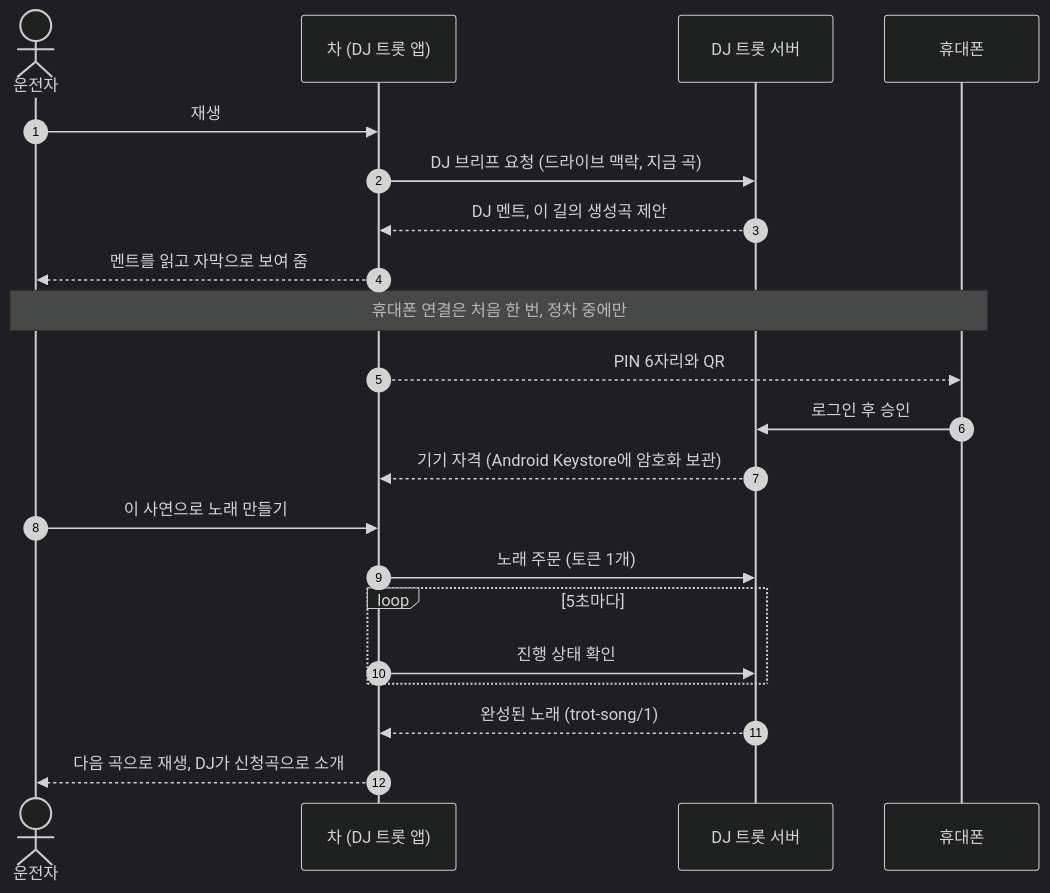
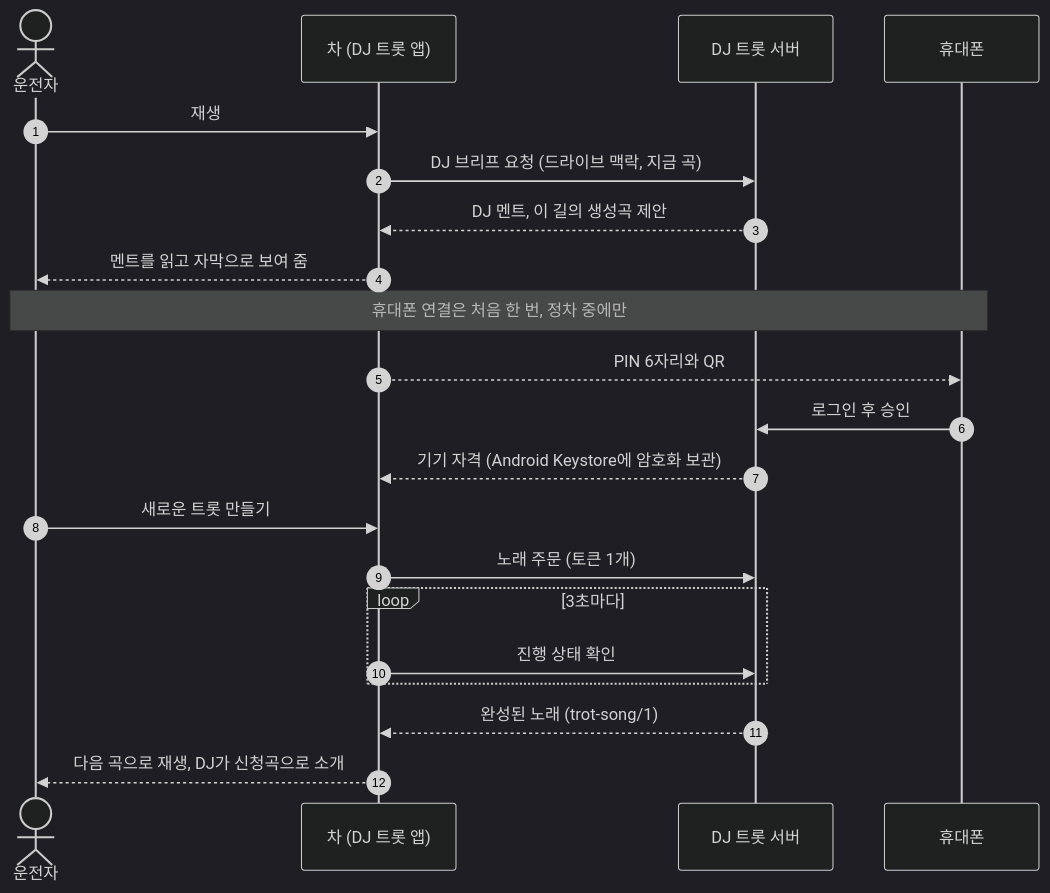
One commit to reopt-ai/dj-trot changed the diagram in README.md. Above: the diagram before and after it, drawn with Mermaid (dark theme). The commit also changed other lines of this file and 15 other files, not shown here.

````diff
--- a/README.md
+++ b/README.md
@@ -28,26 +29,26 @@
 ```mermaid
 sequenceDiagram
     autonumber
     actor Driver as 운전자
     participant Car as 차 (DJ 트롯 앱)
     participant Server as DJ 트롯 서버
     participant Phone as 휴대폰
 
     Driver->>Car: 재생
     Car->>Server: DJ 브리프 요청 (드라이브 맥락, 지금 곡)
     Server-->>Car: DJ 멘트, 이 길의 생성곡 제안
     Car-->>Driver: 멘트를 읽고 자막으로 보여 줌
 
     Note over Driver,Phone: 휴대폰 연결은 처음 한 번, 정차 중에만
     Car-->>Phone: PIN 6자리와 QR
     Phone->>Server: 로그인 후 승인
     Server-->>Car: 기기 자격 (Android Keystore에 암호화 보관)
 
-    Driver->>Car: 이 사연으로 노래 만들기
+    Driver->>Car: 새로운 트롯 만들기
     Car->>Server: 노래 주문 (토큰 1개)
-    loop 5초마다
+    loop 3초마다
         Car->>Server: 진행 상태 확인
     end
     Server-->>Car: 완성된 노래 (trot-song/1)
     Car-->>Driver: 다음 곡으로 재생, DJ가 신청곡으로 소개
 ```
````
